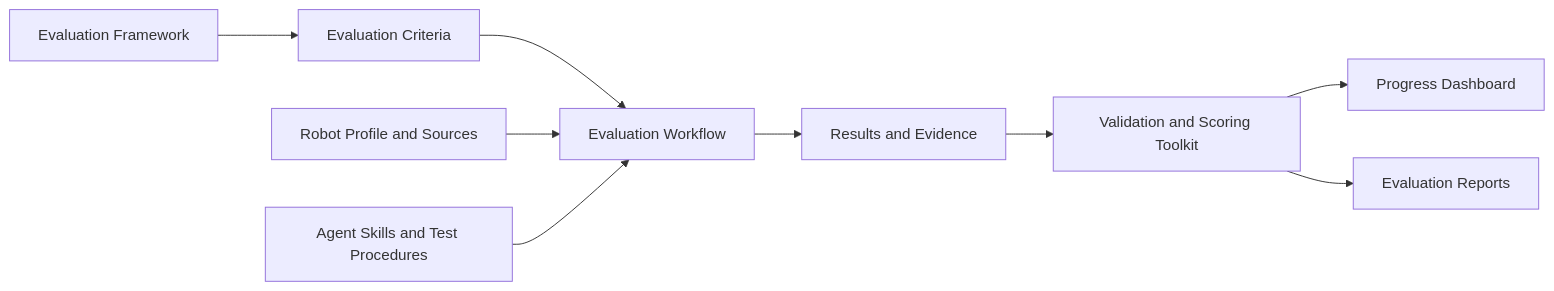
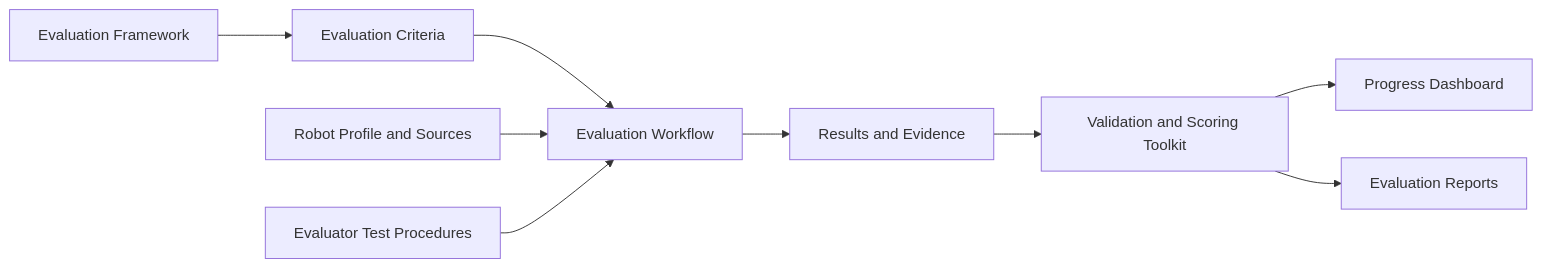
One commit to nvidia-isaac/isaac-gr00t-ready changed the diagram in README.md. Above: the diagram before and after it, drawn with Mermaid. The commit also changed other lines of this file and 14 other files, not shown here.

````diff
--- a/README.md
+++ b/README.md
@@ -29,11 +36,11 @@
 ```mermaid
 flowchart LR
     Framework[Evaluation Framework] --> Criteria[Evaluation Criteria]
     Criteria --> Workflow[Evaluation Workflow]
     Robot[Robot Profile and Sources] --> Workflow
-    Skills[Agent Skills and Test Procedures] --> Workflow
+    Tests[Evaluator Test Procedures] --> Workflow
     Workflow --> Results[Results and Evidence]
     Results --> Toolkit[Validation and Scoring Toolkit]
     Toolkit --> Dashboard[Progress Dashboard]
     Toolkit --> Reports[Evaluation Reports]
 ```
````
